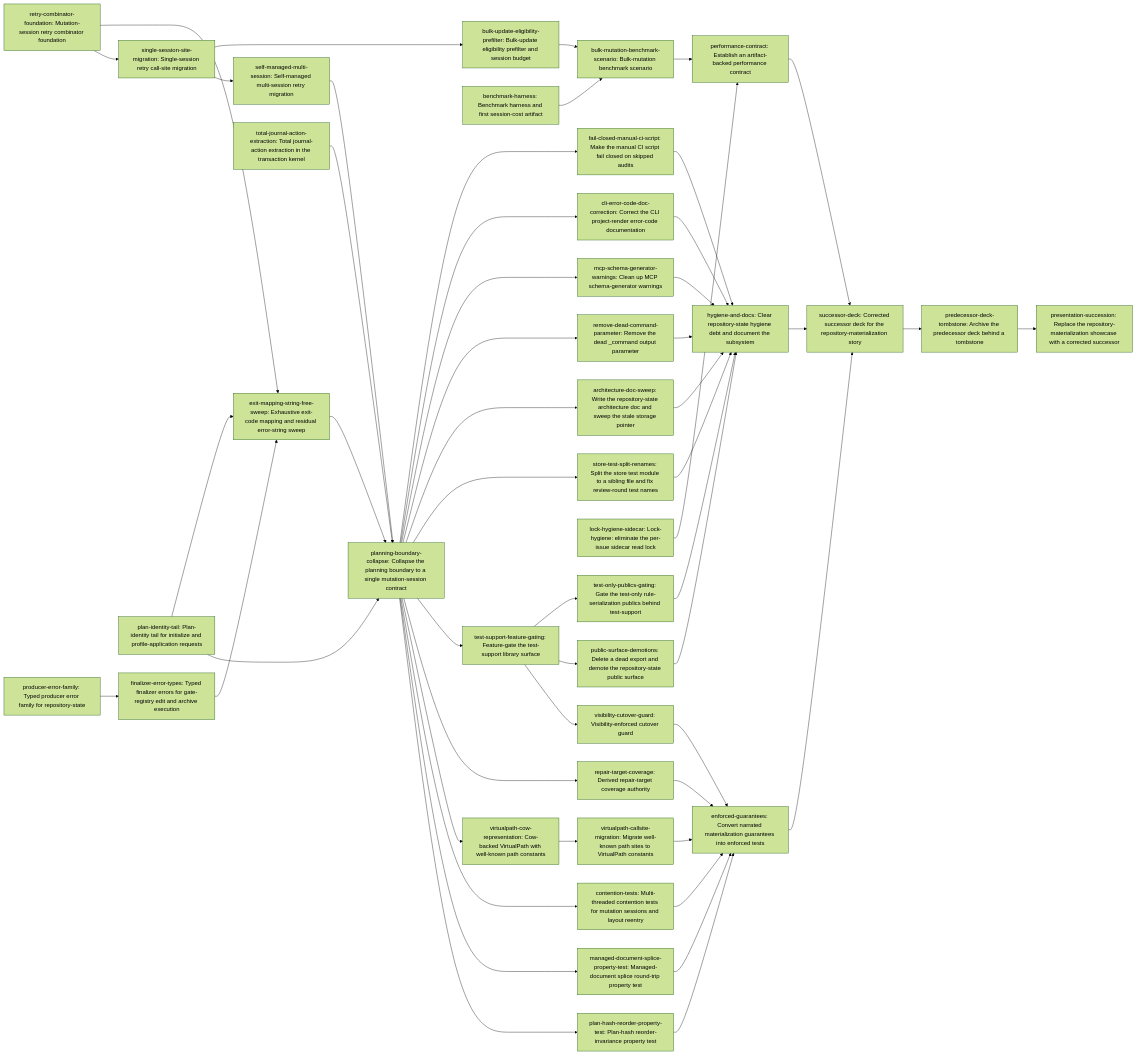
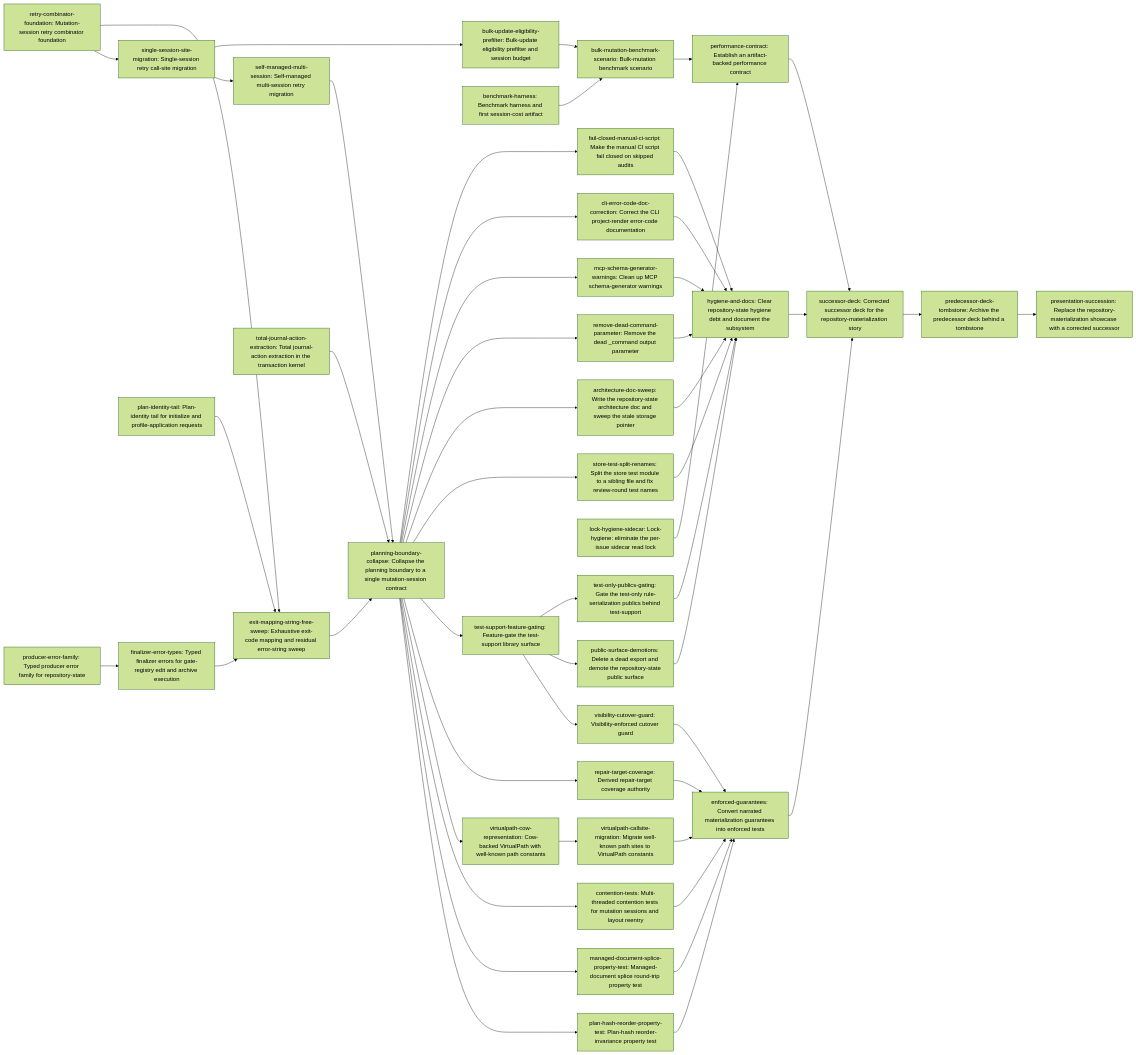
Before and after one commit to erankavija/just-in-time: the second of 2 diagrams in dev/active/1cc809de-plan.md, drawn with Mermaid (forest theme). The commit also changed other lines of this file and 12 other files, not shown here.

```diff
--- a/dev/active/1cc809de-plan.md
+++ b/dev/active/1cc809de-plan.md
@@ -265,7 +265,6 @@
     N7 --> N0
     N10 --> N0
     N11 --> N0
-    N12 --> N0
     N13 --> N1
     N14 --> N1
     N15 --> N1
```
